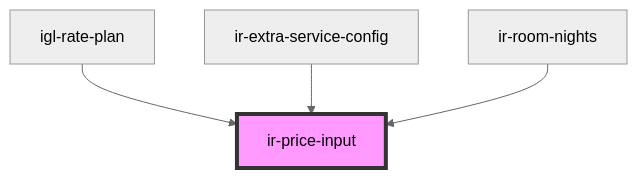
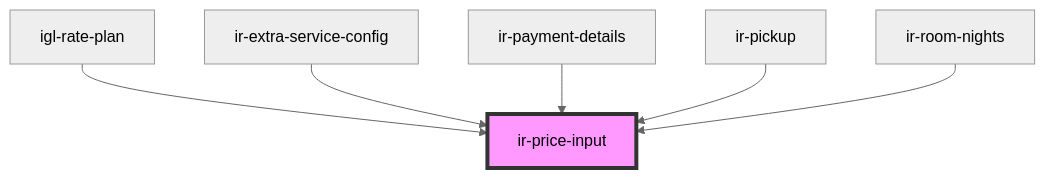
Before and after one commit to RonyRizk/ir-webcmp: the diagram in src/components/ui/ir-price-input/readme.md, drawn with Mermaid (neutral theme). The commit also changed other lines of this file and 293 other files, not shown here.

````diff
--- a/src/components/ui/ir-price-input/readme.md
+++ b/src/components/ui/ir-price-input/readme.md
@@ -45,7 +49,9 @@
 ```mermaid
 graph TD;
   igl-rate-plan --> ir-price-input
   ir-extra-service-config --> ir-price-input
+  ir-payment-details --> ir-price-input
+  ir-pickup --> ir-price-input
   ir-room-nights --> ir-price-input
   style ir-price-input fill:#f9f,stroke:#333,stroke-width:4px
 ```
````
